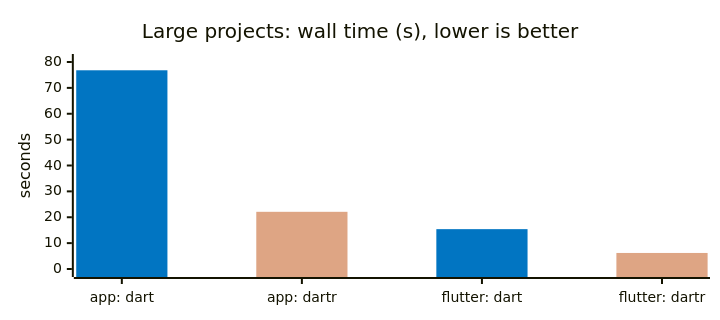
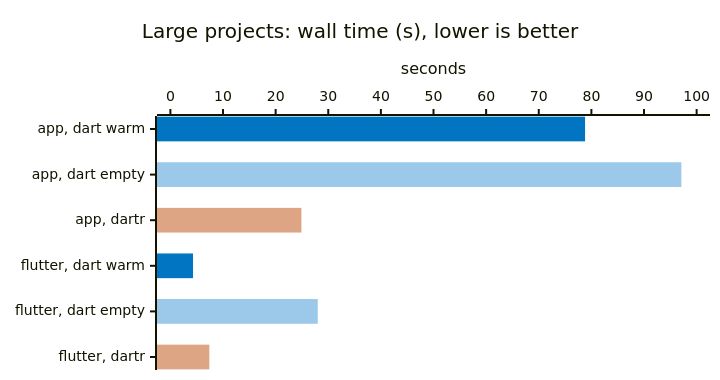
Before and after one commit to orestesgaolin/dartr: the first of 2 diagrams in README.md, drawn with Mermaid. The commit also changed other lines of this file and 3 other files, not shown here.

First line of the commit message:
docs(bench): new dartr vs dart analyze benchmark (warm and empty Dart cache, 3 runs)

````diff
--- a/README.md
+++ b/README.md
@@ -137,17 +137,18 @@
 ```mermaid
 ---
 config:
   xyChart:
-    height: 300
+    height: 360
   themeVariables:
     xyChart:
-      plotColorPalette: "#0175C2, #DEA584"
+      plotColorPalette: "#0175C2, #9CC8EA, #DEA584"
 ---
-xychart-beta
-    %% -100 = no bar: one series per tool gives each tool its own color
+xychart-beta horizontal
+    %% -100 = no bar: one series per measurement gives each its own color
     title "Large projects: wall time (s), lower is better"
-    x-axis ["app: dart", "app: dartr", "flutter: dart", "flutter: dartr"]
-    y-axis "seconds" 0 --> 80
-    bar [76.8, -100, 15.4, -100]
-    bar [-100, 22.1, -100, 6.2]
+    x-axis ["app, dart warm", "app, dart empty", "app, dartr", "flutter, dart warm", "flutter, dart empty", "flutter, dartr"]
+    y-axis "seconds" 0 --> 100
+    bar [78.8, -100, -100, 4.3, -100, -100]
+    bar [-100, 97.1, -100, -100, 28, -100]
+    bar [-100, -100, 24.9, -100, -100, 7.4]
 ```
````
